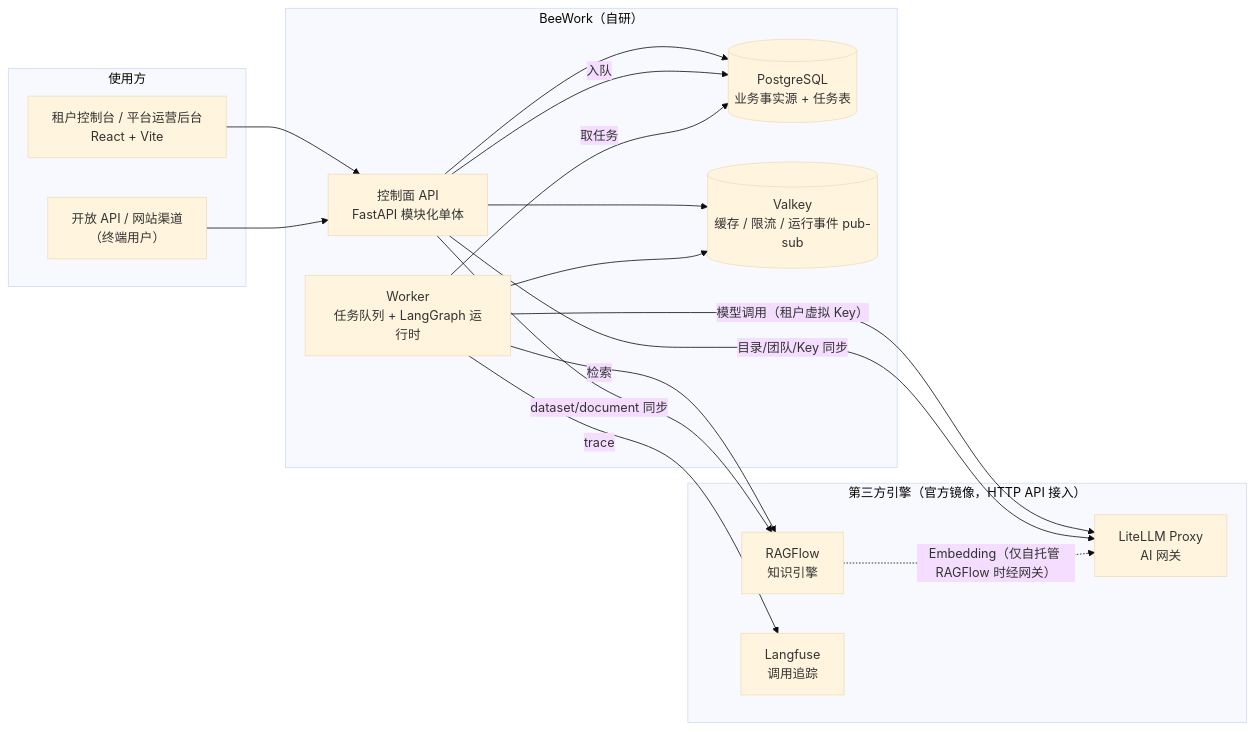
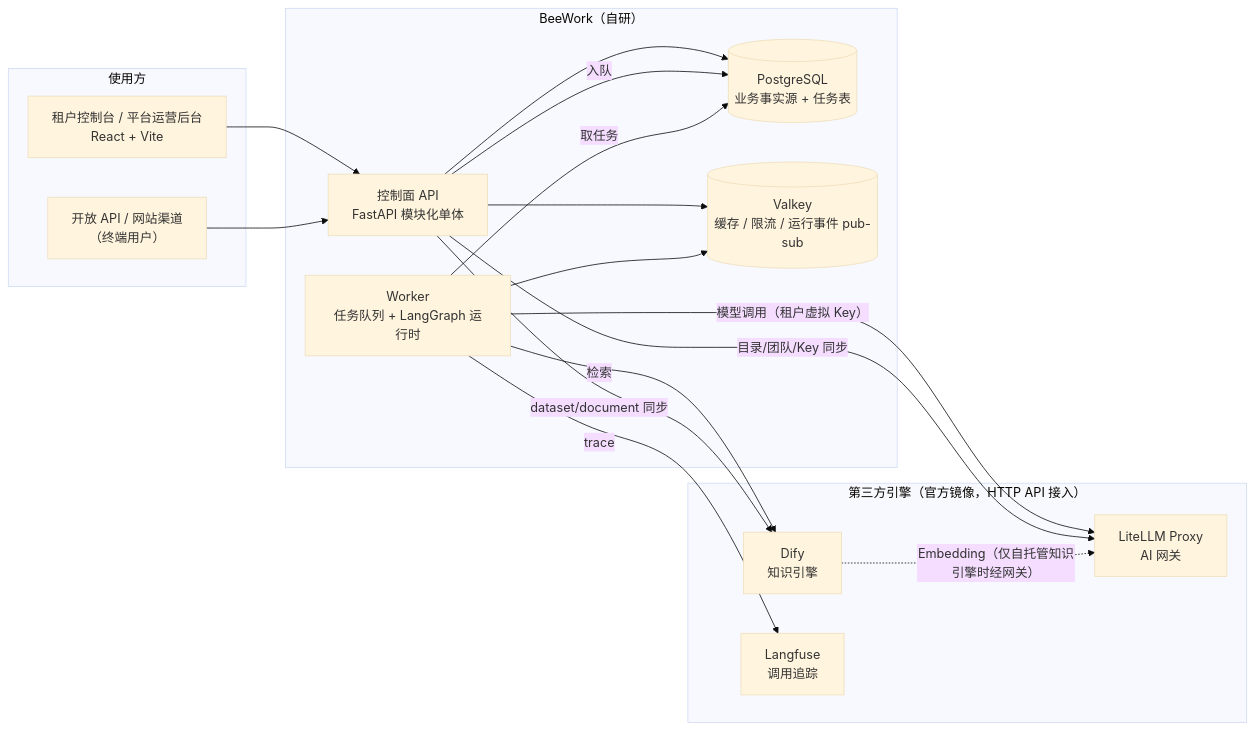
Before and after one commit to zhip85/BeeWork: the diagram in docs/architecture.md, drawn with Mermaid (base theme). The commit also changed other lines of this file and 24 other files, not shown here.

Commit message:
知识引擎统一改用 Dify：默认引擎、配置样例、文档与看板（RAGFlow 保留为可选实现）

````diff
--- a/docs/architecture.md
+++ b/docs/architecture.md
@@ -7,31 +7,31 @@
 ```mermaid
 flowchart LR
   subgraph Users["使用方"]
     CON["租户控制台 / 平台运营后台<br/>React + Vite"]
     EXT["开放 API / 网站渠道<br/>（终端用户）"]
   end
   subgraph BW["BeeWork（自研）"]
     API["控制面 API<br/>FastAPI 模块化单体"]
     WK["Worker<br/>任务队列 + LangGraph 运行时"]
     PG[("PostgreSQL<br/>业务事实源 + 任务表")]
     VK[("Valkey<br/>缓存 / 限流 / 运行事件 pub-sub")]
   end
   subgraph ENG["第三方引擎（官方镜像，HTTP API 接入）"]
     LL["LiteLLM Proxy<br/>AI 网关"]
-    RF["RAGFlow<br/>知识引擎"]
+    RF["Dify<br/>知识引擎"]
     LF["Langfuse<br/>调用追踪"]
   end
   CON --> API
   EXT --> API
   API --> PG
   API --> VK
   API -- 入队 --> PG
   WK -- 取任务 --> PG
   WK --> VK
   WK -- "模型调用（租户虚拟 Key）" --> LL
   WK -- 检索 --> RF
   WK -- trace --> LF
   API -- "目录/团队/Key 同步" --> LL
   API -- "dataset/document 同步" --> RF
-  RF -. "Embedding（仅自托管 RAGFlow 时经网关）" .-> LL
+  RF -. "Embedding（仅自托管知识引擎时经网关）" .-> LL
 ```
````
